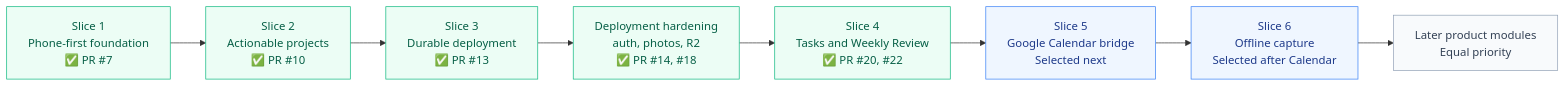
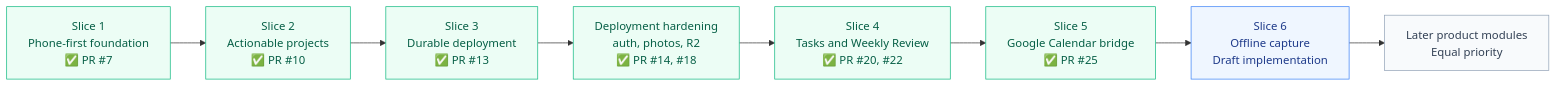
One commit to teravyte18/personal-control-center changed the diagram in docs/roadmap.md. Above: the diagram before and after it, drawn with Mermaid. The commit also changed other lines of this file, not shown here.

Commit message:
Update roadmap through offline capture

````diff
--- a/docs/roadmap.md
+++ b/docs/roadmap.md
@@ -7,20 +7,20 @@
 ```mermaid
 graph LR
     S1["Slice 1<br/>Phone-first foundation<br/>✅ PR #7"]
     S2["Slice 2<br/>Actionable projects<br/>✅ PR #10"]
     S3["Slice 3<br/>Durable deployment<br/>✅ PR #13"]
     HARDEN["Deployment hardening<br/>auth, photos, R2<br/>✅ PR #14, #18"]
     S4["Slice 4<br/>Tasks and Weekly Review<br/>✅ PR #20, #22"]
-    S5["Slice 5<br/>Google Calendar bridge<br/>Selected next"]
-    S6["Slice 6<br/>Offline capture<br/>Selected after Calendar"]
+    S5["Slice 5<br/>Google Calendar bridge<br/>✅ PR #25"]
+    S6["Slice 6<br/>Offline capture<br/>Draft implementation"]
     POOL["Later product modules<br/>Equal priority"]
 
     S1 --> S2 --> S3 --> HARDEN --> S4 --> S5 --> S6 --> POOL
 
     classDef done fill:#ecfdf5,stroke:#10b981,color:#065f46;
     classDef selected fill:#eff6ff,stroke:#3b82f6,color:#1e3a8a;
     classDef pending fill:#f8fafc,stroke:#94a3b8,color:#334155;
-    class S1,S2,S3,HARDEN,S4 done;
-    class S5,S6 selected;
+    class S1,S2,S3,HARDEN,S4,S5 done;
+    class S6 selected;
     class POOL pending;
 ```
````
